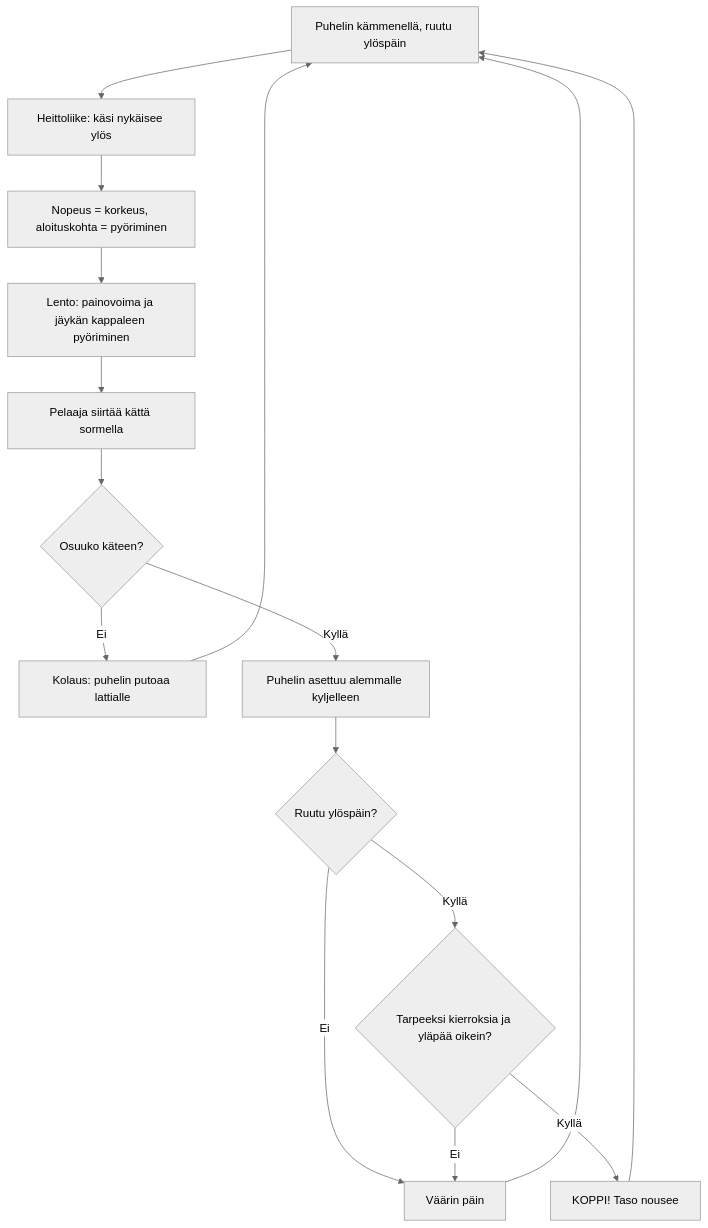
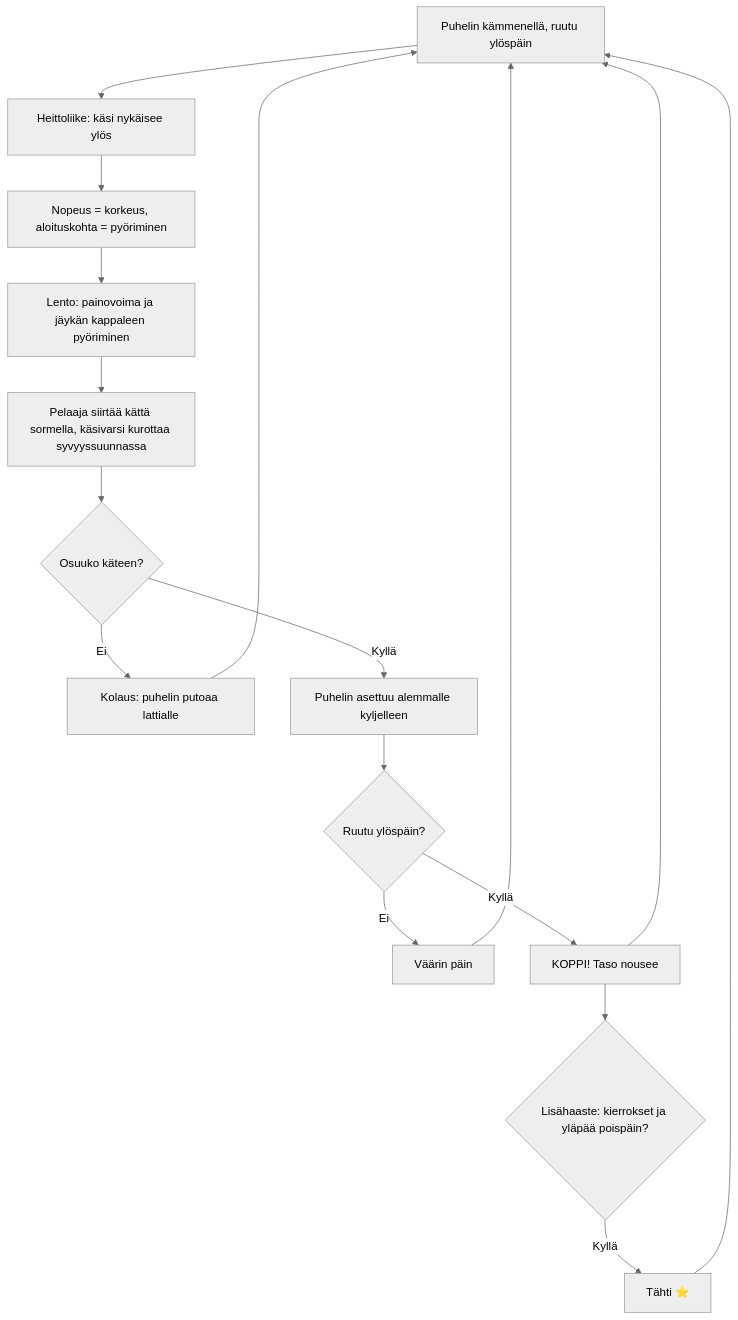
One commit to eerovil/ai-pelit changed the diagram in docs/diagrams/puhelinkoppi.md. Above: the diagram before and after it, drawn with Mermaid (neutral theme). The commit also changed other lines of this file and 2 other files, not shown here.

````diff
--- a/docs/diagrams/puhelinkoppi.md
+++ b/docs/diagrams/puhelinkoppi.md
@@ -9,23 +10,24 @@
 ```mermaid
 flowchart TD
   A[Puhelin kämmenellä, ruutu ylöspäin] --> B[Heittoliike: käsi nykäisee ylös]
   B --> C[Nopeus = korkeus, aloituskohta = pyöriminen]
   C --> D[Lento: painovoima ja jäykän kappaleen pyöriminen]
-  D --> E[Pelaaja siirtää kättä sormella]
+  D --> E[Pelaaja siirtää kättä sormella, käsivarsi kurottaa syvyyssuunnassa]
   E --> F{Osuuko käteen?}
   F -- Ei --> G[Kolaus: puhelin putoaa lattialle]
   F -- Kyllä --> H[Puhelin asettuu alemmalle kyljelleen]
   H --> I{Ruutu ylöspäin?}
   I -- Ei --> J[Väärin päin]
-  I -- Kyllä --> K{Tarpeeksi kierroksia ja yläpää oikein?}
-  K -- Ei --> J
-  K -- Kyllä --> L[KOPPI! Taso nousee]
+  I -- Kyllä --> L[KOPPI! Taso nousee]
+  L --> K{Lisähaaste: kierrokset ja yläpää poispäin?}
+  K -- Kyllä --> M[Tähti ⭐]
   G --> A
   J --> A
   L --> A
+  M --> A
   class A,B,E blue
   class F,I,K amber
   class C,D,H teal
-  class L green
+  class L,M green
   class G,J rose
 ```
````
